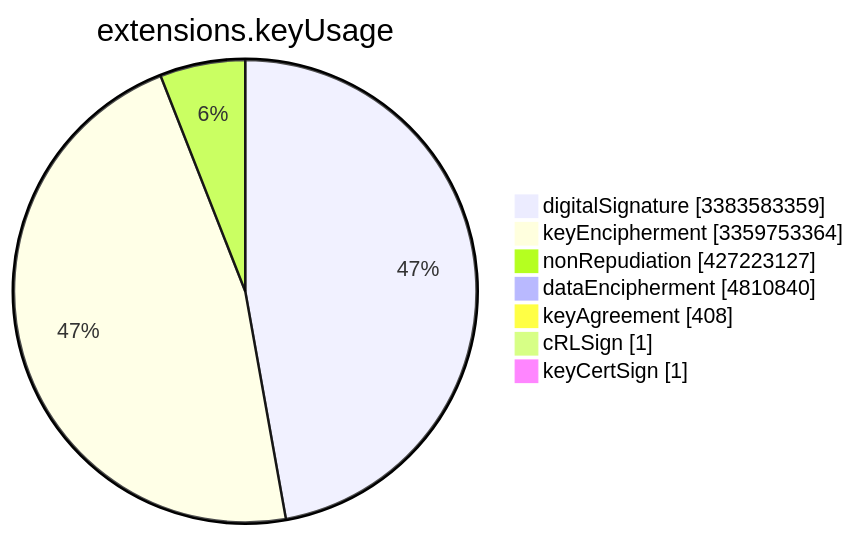
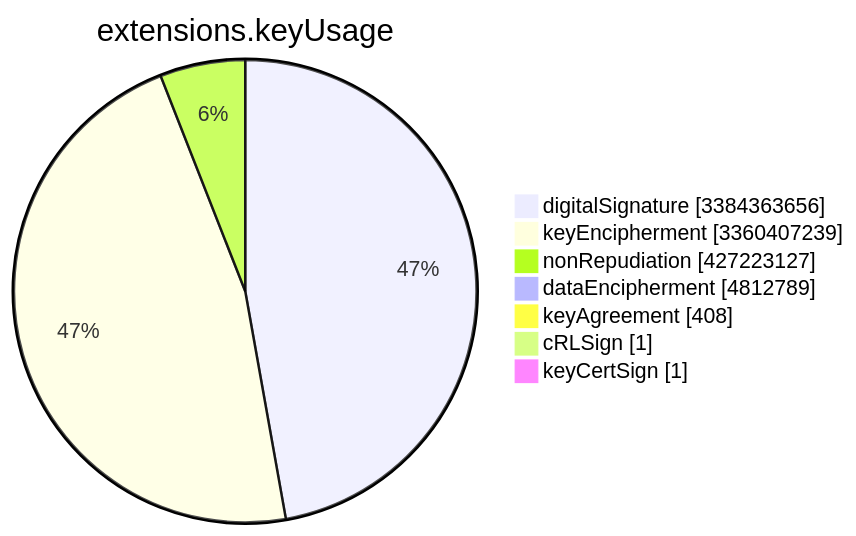
Before and after one commit to christiankrug/ctmonitor_visualization: the sixth of 15 diagrams in TOTAL/README.md, drawn with Mermaid. The commit also changed other lines of this file, not shown here.

````diff
--- a/TOTAL/README.md
+++ b/TOTAL/README.md
@@ -3080,11 +3080,11 @@
 ```mermaid
 pie showData
 title extensions.keyUsage
-"digitalSignature" :3383583359
-"keyEncipherment" :3359753364
+"digitalSignature" :3384363656
+"keyEncipherment" :3360407239
 "nonRepudiation" :427223127
-"dataEncipherment" :4810840
+"dataEncipherment" :4812789
 "keyAgreement" :408
 "cRLSign" :1
 "keyCertSign" :1
 ```
````
